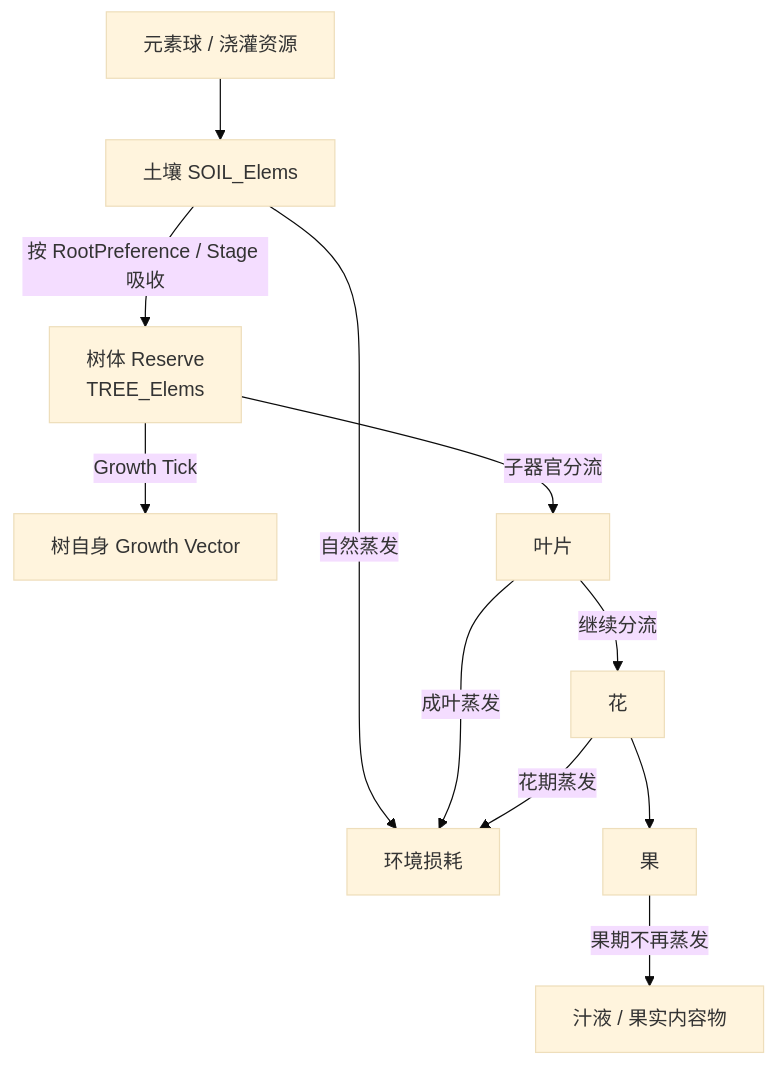
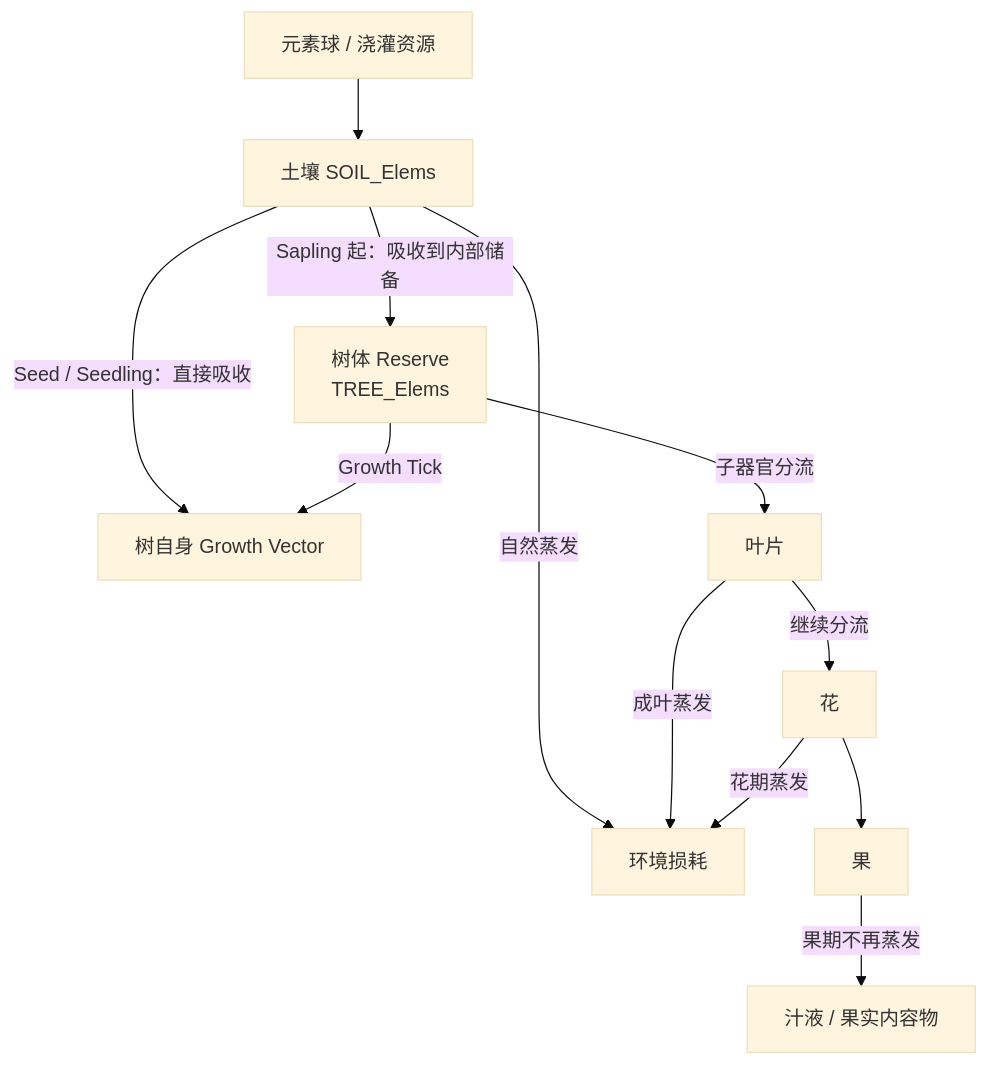
The diagram in mvp/watermelon-kitchen/growth-system.md (Ri0n72Y/idea-slime-bar), drawn with Mermaid (base theme) before and after one commit. The commit also changed other lines of this file, not shown here.

Commit message:
docs: lock early growth balance baseline

````diff
--- a/mvp/watermelon-kitchen/growth-system.md
+++ b/mvp/watermelon-kitchen/growth-system.md
@@ -22,18 +22,19 @@
 ```mermaid
 flowchart TD
     A[元素球 / 浇灌资源]
     --> B[土壤 SOIL_Elems]
 
     B -->|自然蒸发| X[环境损耗]
-    B -->|按 RootPreference / Stage 吸收| C[树体 Reserve<br/>TREE_Elems]
+    B -->|Seed / Seedling：直接吸收| D[树自身 Growth Vector]
+    B -->|Sapling 起：吸收到内部储备| C[树体 Reserve<br/>TREE_Elems]
 
-    C -->|Growth Tick| D[树自身 Growth Vector]
+    C -->|Growth Tick| D
 
     C -->|子器官分流| E[叶片]
     E -->|继续分流| F[花]
     F --> G[果]
 
     E -->|成叶蒸发| X
     F -->|花期蒸发| X
     G -->|果期不再蒸发| H[汁液 / 果实内容物]
 ```
````
